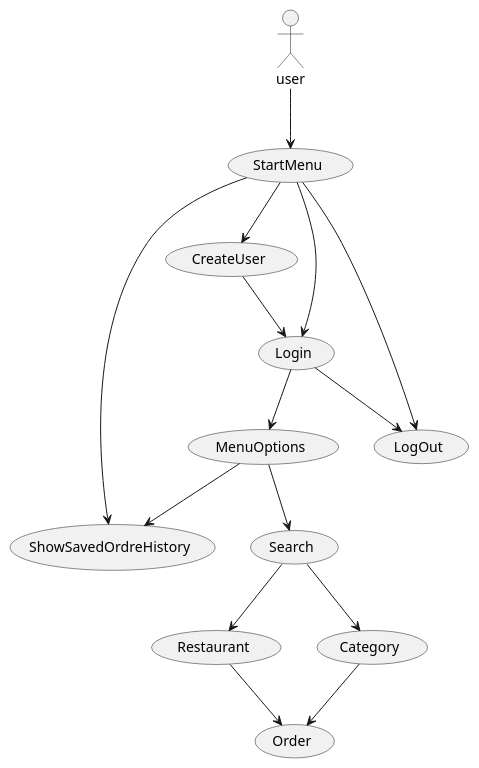
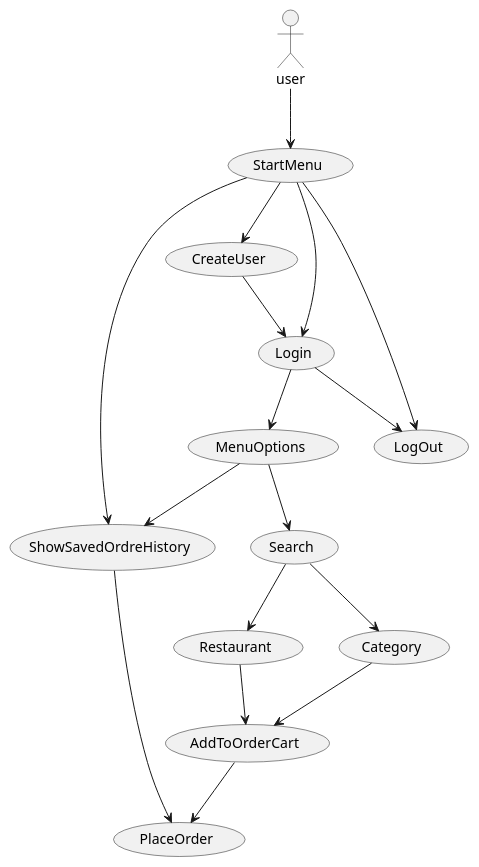
The diagram in Doc/UseCase1.0.puml (Madihakhan1/ICE-2024), drawn with PlantUML before and after one commit. The commit also changed 1 other file, not shown here.

```diff
--- a/Doc/UseCase1.0.puml
+++ b/Doc/UseCase1.0.puml
@@ -1,37 +1,40 @@
 @startuml
 'https://plantuml.com/use-case-diagram
 
   actor user
 
   usecase "StartMenu" as UC1
   usecase "CreateUser" as UC2
   usecase "Login" as UC3
   usecase "MenuOptions" as UC4
   usecase "Search" as UC5
   usecase "Restaurant" as UC6
   usecase "Category" as UC7
-  usecase "Order" as UC8
+  usecase "AddToOrderCart" as UC8
   usecase "ShowSavedOrdreHistory" as UC9
   usecase "LogOut" as UC10
+  usecase "PlaceOrder" as UC11
 
 
 user --> UC1
 UC1 --> UC9
 UC1 --> UC2
 UC1 --> UC10
 UC2 --> UC3
 UC1 --> UC3
 UC3 --> UC4
 UC3 --> UC10
 UC4 --> UC5
 UC5 --> UC6
 UC6 --> UC8
 UC5 --> UC7
 UC7 --> UC8
 UC4 --> UC9
+UC8 --> UC11
+UC9--> UC11
 
 
 
 
 
 @enduml
```
